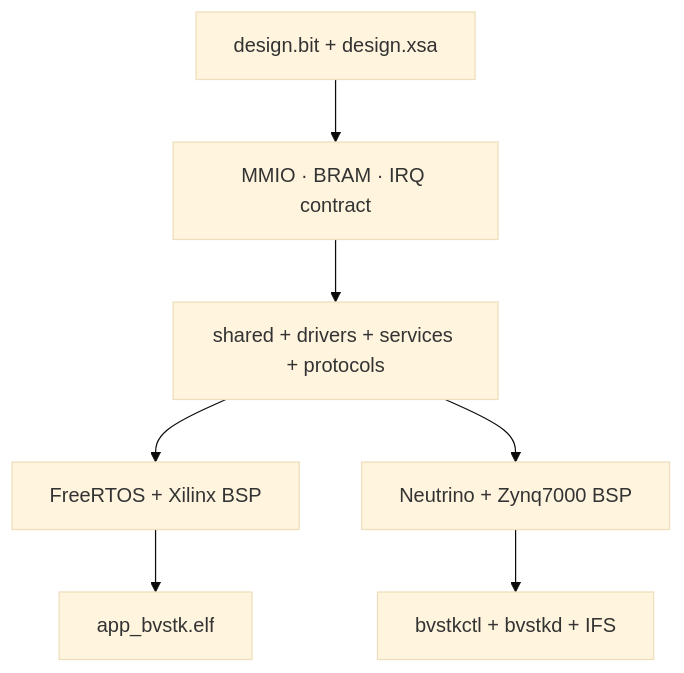
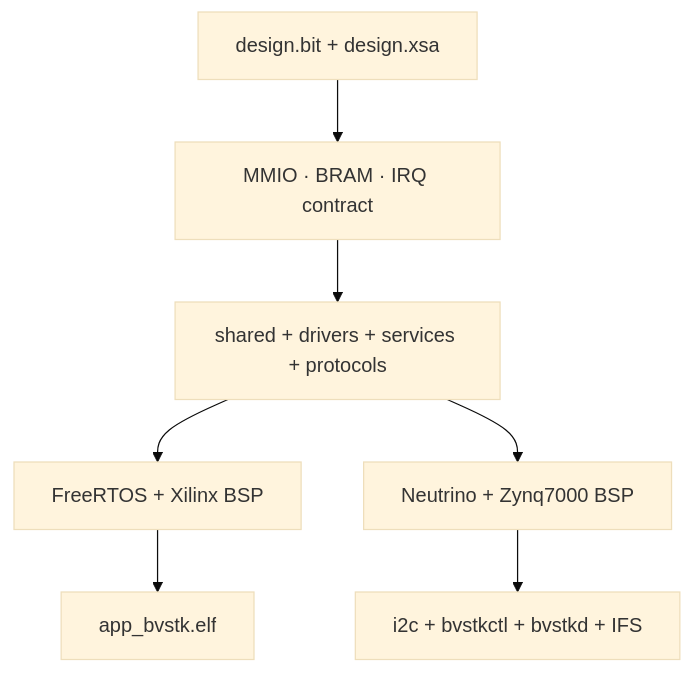
Before and after one commit to igtrefilov/bvstk: the first of 3 diagrams in docs/dev/multi-os.md, drawn with Mermaid (base theme). The commit also changed other lines of this file and 46 other files, not shown here.

````diff
--- a/docs/dev/multi-os.md
+++ b/docs/dev/multi-os.md
@@ -9,9 +9,9 @@
 ```mermaid
 flowchart TB
     HW["design.bit + design.xsa"] --> CONTRACT["MMIO · BRAM · IRQ contract"]
     CONTRACT --> COMMON["shared + drivers + services + protocols"]
     COMMON --> FRT["FreeRTOS + Xilinx BSP"]
     COMMON --> NTO["Neutrino + Zynq7000 BSP"]
     FRT --> ELF["app_bvstk.elf"]
-    NTO --> BIN["bvstkctl + bvstkd + IFS"]
+    NTO --> BIN["i2c + bvstkctl + bvstkd + IFS"]
 ```
````
